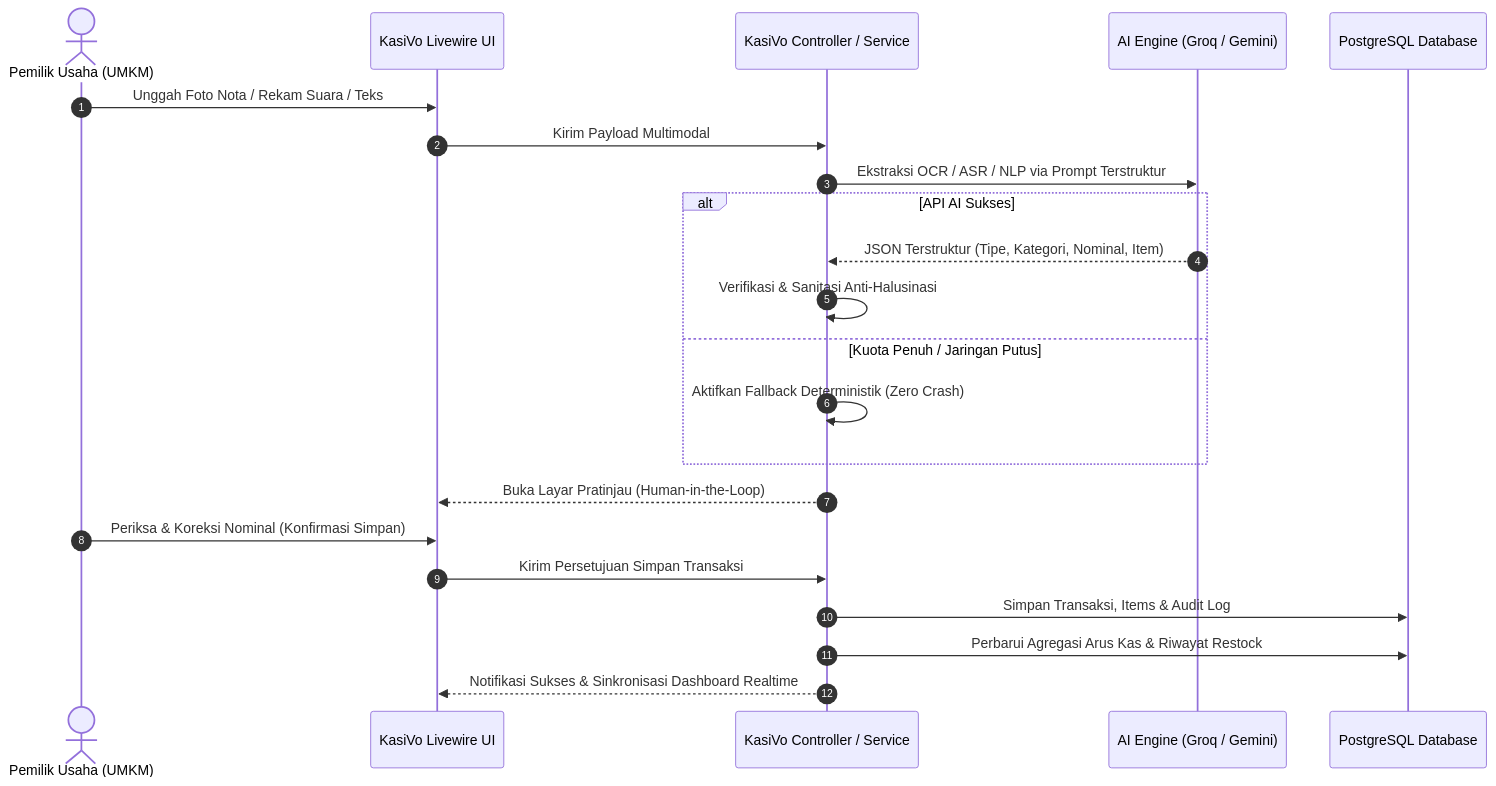
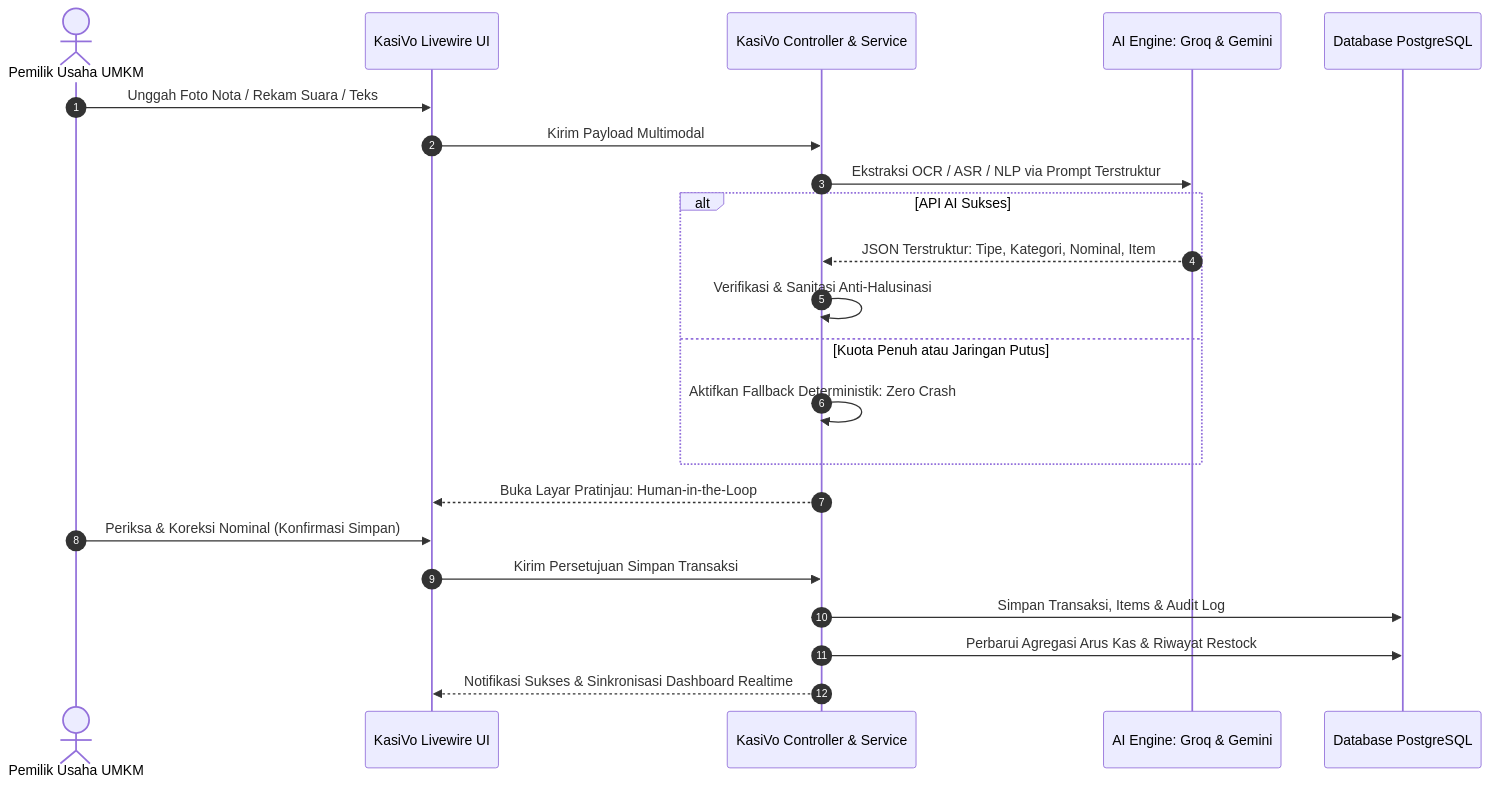
The second of 3 diagrams in README.md (fahmirizki-zkie/KasiVo-WebApp), drawn with Mermaid before and after one commit. The commit also changed other lines of this file and 4 other files, not shown here.

````diff
--- a/README.md
+++ b/README.md
@@ -141,27 +125,27 @@
 ```mermaid
 sequenceDiagram
     autonumber
-    actor Owner as Pemilik Usaha (UMKM)
+    actor Owner as Pemilik Usaha UMKM
     participant UI as KasiVo Livewire UI
-    participant Server as KasiVo Controller / Service
-    participant AI as AI Engine (Groq / Gemini)
-    participant DB as PostgreSQL Database
+    participant Server as KasiVo Controller & Service
+    participant AI as AI Engine: Groq & Gemini
+    participant DB as Database PostgreSQL
 
     Owner->>UI: Unggah Foto Nota / Rekam Suara / Teks
     UI->>Server: Kirim Payload Multimodal
     Server->>AI: Ekstraksi OCR / ASR / NLP via Prompt Terstruktur
     
     alt API AI Sukses
-        AI-->>Server: JSON Terstruktur (Tipe, Kategori, Nominal, Item)
+        AI-->>Server: JSON Terstruktur: Tipe, Kategori, Nominal, Item
         Server->>Server: Verifikasi & Sanitasi Anti-Halusinasi
-    else Kuota Penuh / Jaringan Putus
-        Server->>Server: Aktifkan Fallback Deterministik (Zero Crash)
+    else Kuota Penuh atau Jaringan Putus
+        Server->>Server: Aktifkan Fallback Deterministik: Zero Crash
     end
 
-    Server-->>UI: Buka Layar Pratinjau (Human-in-the-Loop)
+    Server-->>UI: Buka Layar Pratinjau: Human-in-the-Loop
     Owner->>UI: Periksa & Koreksi Nominal (Konfirmasi Simpan)
     UI->>Server: Kirim Persetujuan Simpan Transaksi
     Server->>DB: Simpan Transaksi, Items & Audit Log
     Server->>DB: Perbarui Agregasi Arus Kas & Riwayat Restock
     Server-->>UI: Notifikasi Sukses & Sinkronisasi Dashboard Realtime
 ```
````
